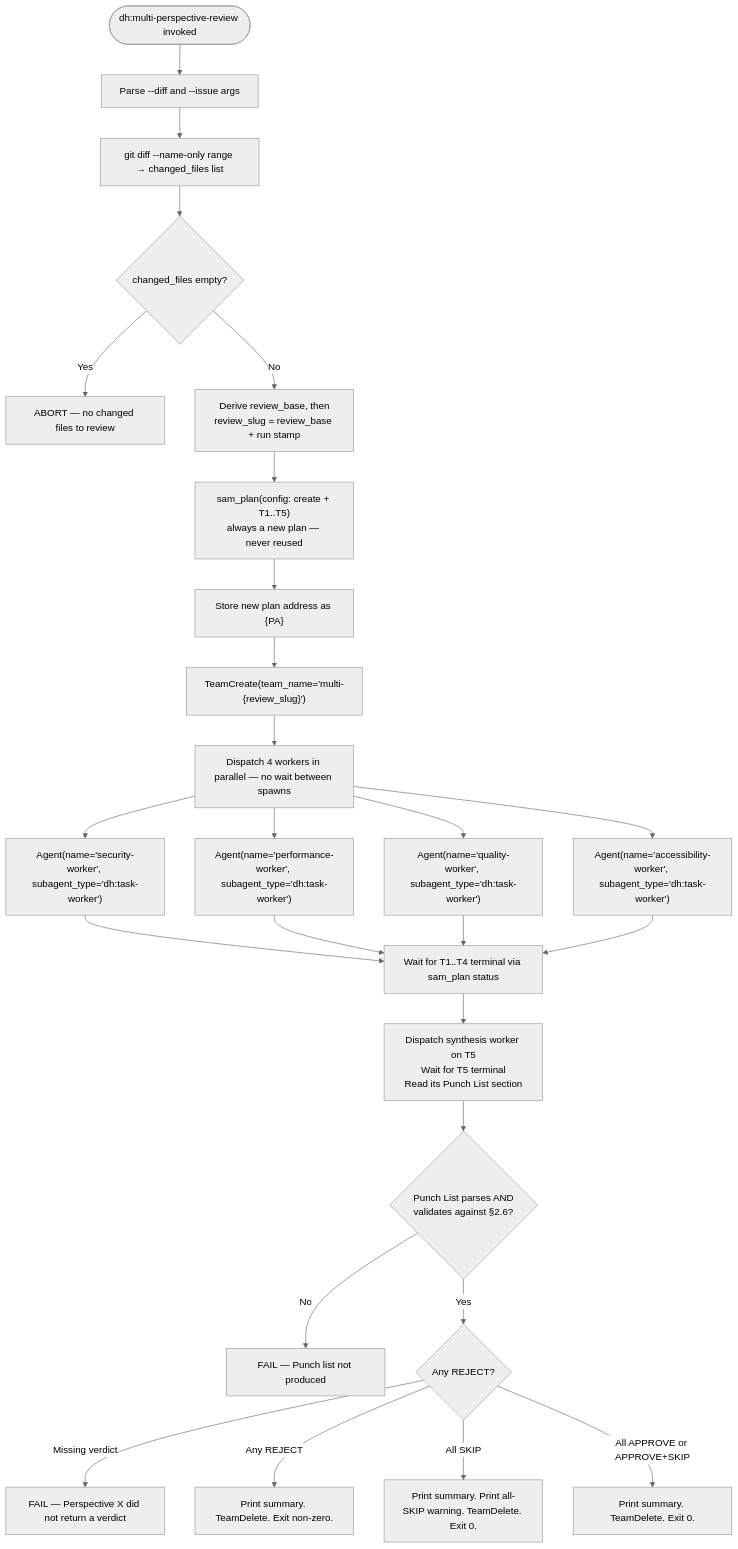
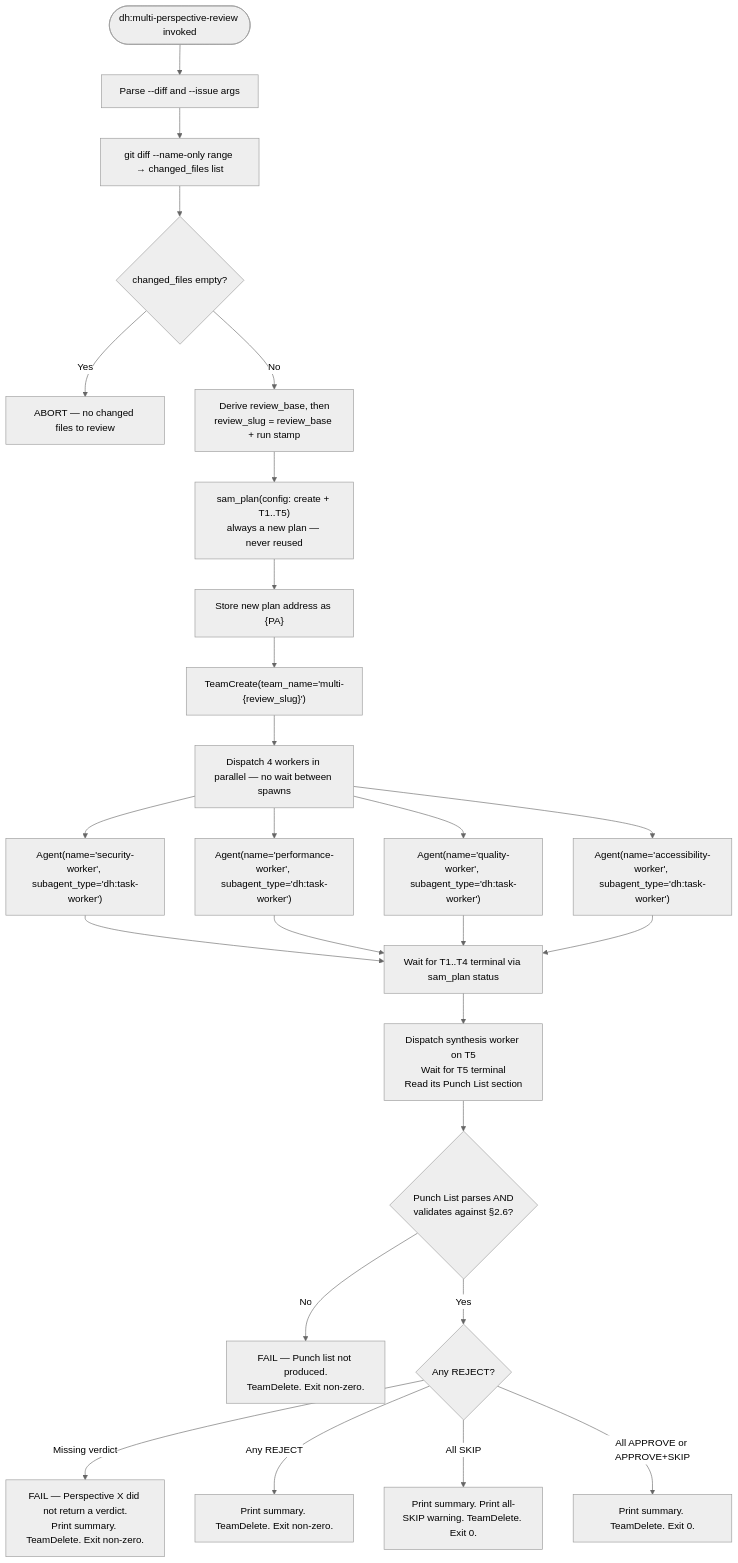
The diagram in plugins/development-harness/skills/multi-perspective-review/SKILL.md (Jamie-BitFlight/claude_skills), drawn with Mermaid (neutral theme) before and after one commit. The commit also changed other lines of this file and 2 other files, not shown here.

````diff
--- a/plugins/development-harness/skills/multi-perspective-review/SKILL.md
+++ b/plugins/development-harness/skills/multi-perspective-review/SKILL.md
@@ -340,28 +353,28 @@
 ```mermaid
 flowchart TD
     Start([dh:multi-perspective-review invoked]) --> Parse[Parse --diff and --issue args]
     Parse --> Files["git diff --name-only range → changed_files list"]
     Files --> Empty{changed_files empty?}
     Empty -->|Yes| Abort[ABORT — no changed files to review]
     Empty -->|No| Slug["Derive review_base, then<br>review_slug = review_base + run stamp"]
     Slug --> CreatePlan["sam_plan(config: create + T1..T5)<br>always a new plan — never reused"]
     CreatePlan --> PlanAddr["Store new plan address as {PA}"]
     PlanAddr --> Team["TeamCreate(team_name='multi-{review_slug}')"]
     Team --> Parallel[Dispatch 4 workers in parallel — no wait between spawns]
     Parallel --> W1["Agent(name='security-worker', subagent_type='dh:task-worker')"]
     Parallel --> W2["Agent(name='performance-worker', subagent_type='dh:task-worker')"]
     Parallel --> W3["Agent(name='quality-worker', subagent_type='dh:task-worker')"]
     Parallel --> W4["Agent(name='accessibility-worker', subagent_type='dh:task-worker')"]
     W1 --> Collect["Wait for T1..T4 terminal via sam_plan status"]
     W2 --> Collect
     W3 --> Collect
     W4 --> Collect
     Collect --> Synth["Dispatch synthesis worker on T5<br>Wait for T5 terminal<br>Read its Punch List section"]
     Synth --> NoList{"Punch List parses AND<br>validates against §2.6?"}
-    NoList -->|No| FailSynth[FAIL — Punch list not produced]
+    NoList -->|No| FailSynth[FAIL — Punch list not produced.<br>TeamDelete. Exit non-zero.]
     NoList -->|Yes| Gate{Any REJECT?}
-    Gate -->|Missing verdict| Fail[FAIL — Perspective X did not return a verdict]
+    Gate -->|Missing verdict| Fail[FAIL — Perspective X did not return a verdict.<br>Print summary. TeamDelete. Exit non-zero.]
     Gate -->|Any REJECT| Fail2[Print summary. TeamDelete. Exit non-zero.]
     Gate -->|All SKIP| Warn[Print summary. Print all-SKIP warning. TeamDelete. Exit 0.]
     Gate -->|All APPROVE or APPROVE+SKIP| Pass[Print summary. TeamDelete. Exit 0.]
 ```
````
